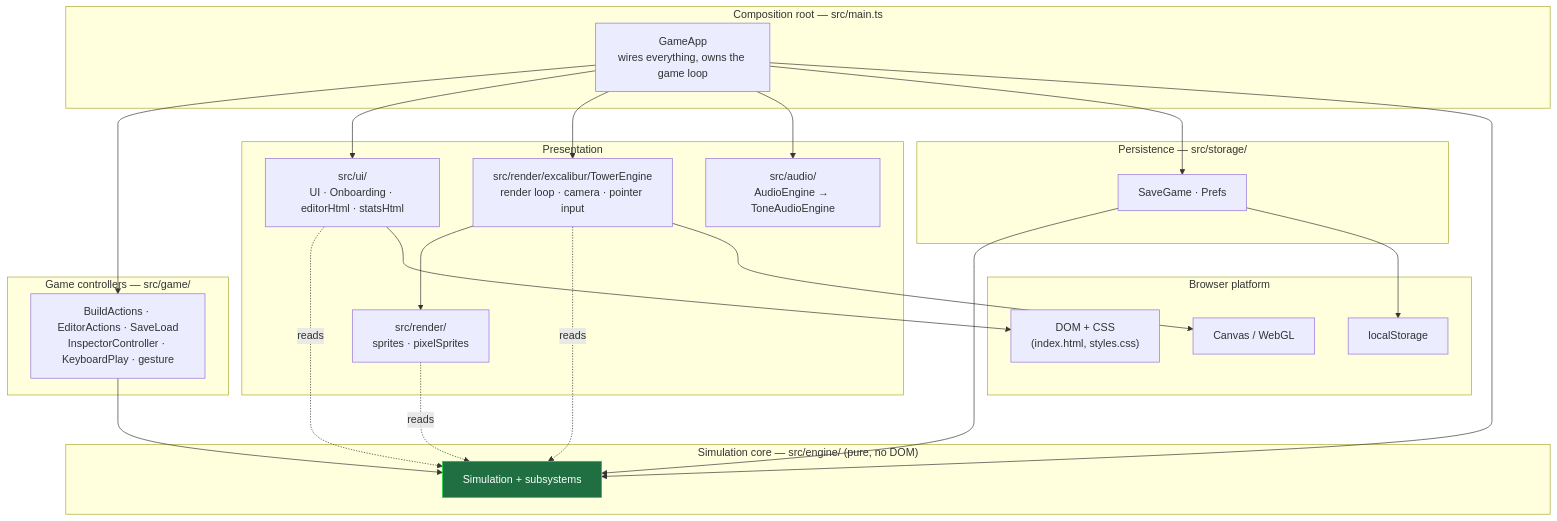
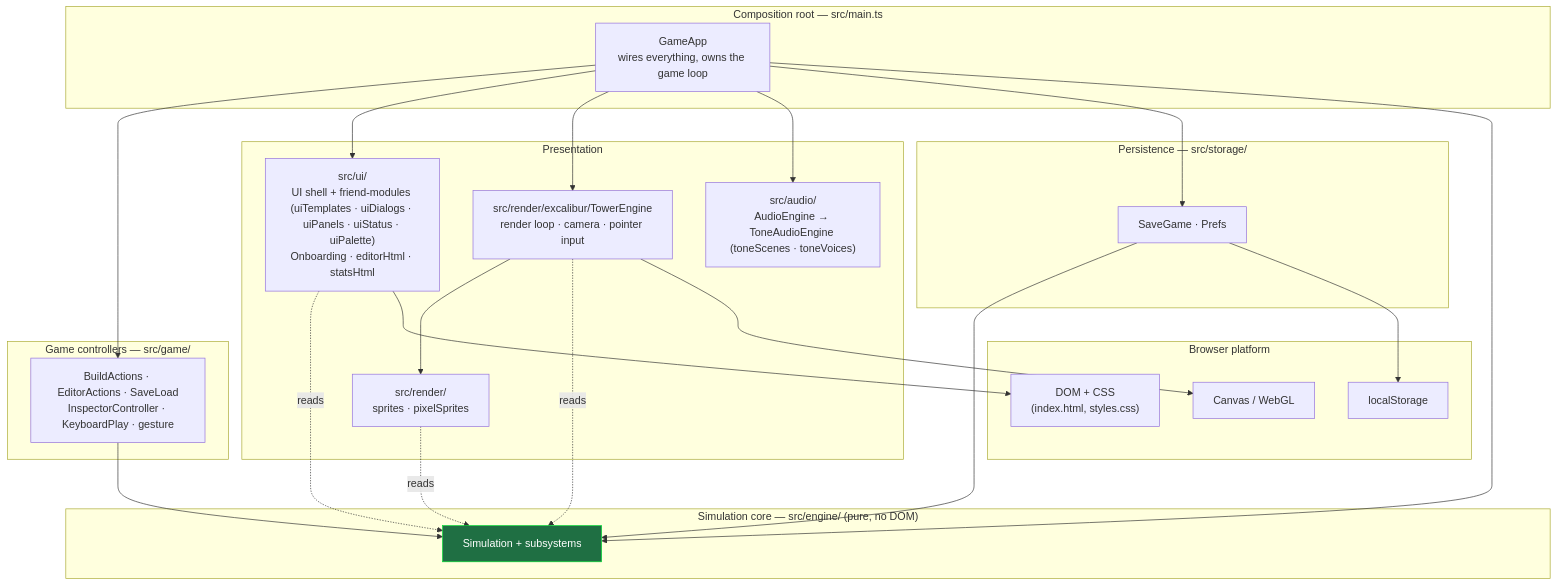
The first of 6 diagrams in ARCHITECTURE.md (maniator/verticopolis), drawn with Mermaid before and after one commit. The commit also changed 8 other files, not shown here.

First line of the commit message:
refactor(ui): split UI.ts into a shell + view/controller friend-modules

````diff
--- a/ARCHITECTURE.md
+++ b/ARCHITECTURE.md
@@ -22,52 +22,52 @@
 ```mermaid
 flowchart TD
     subgraph browser["Browser platform"]
         DOM["DOM + CSS<br/>(index.html, styles.css)"]
         Canvas["Canvas / WebGL"]
         LS["localStorage"]
     end
 
     subgraph root["Composition root — src/main.ts"]
         GameApp["GameApp<br/>wires everything, owns the game loop"]
     end
 
     subgraph controllers["Game controllers — src/game/"]
         Ctl["BuildActions · EditorActions · SaveLoad<br/>InspectorController · KeyboardPlay · gesture"]
     end
 
     subgraph view["Presentation"]
-        UI["src/ui/<br/>UI · Onboarding · editorHtml · statsHtml"]
+        UI["src/ui/<br/>UI shell + friend-modules (uiTemplates · uiDialogs · uiPanels · uiStatus · uiPalette)<br/>Onboarding · editorHtml · statsHtml"]
         Render["src/render/<br/>sprites · pixelSprites"]
         Engine3D["src/render/excalibur/TowerEngine<br/>render loop · camera · pointer input"]
-        Audio["src/audio/<br/>AudioEngine → ToneAudioEngine"]
+        Audio["src/audio/<br/>AudioEngine → ToneAudioEngine (toneScenes · toneVoices)"]
     end
 
     subgraph storage["Persistence — src/storage/"]
         Save["SaveGame · Prefs"]
     end
 
     subgraph engine["Simulation core — src/engine/ (pure, no DOM)"]
         Sim["Simulation + subsystems"]
     end
 
     GameApp --> Ctl
     GameApp --> UI
     GameApp --> Engine3D
     GameApp --> Audio
     GameApp --> Save
     GameApp --> Sim
 
     Ctl --> Sim
     UI -. reads .-> Sim
     Render -. reads .-> Sim
     Engine3D --> Render
     Engine3D -. reads .-> Sim
     Save --> Sim
 
     Engine3D --> Canvas
     UI --> DOM
     Save --> LS
 
     classDef core fill:#1f6f43,stroke:#0d3,color:#fff;
     class Sim core
 ```
````
